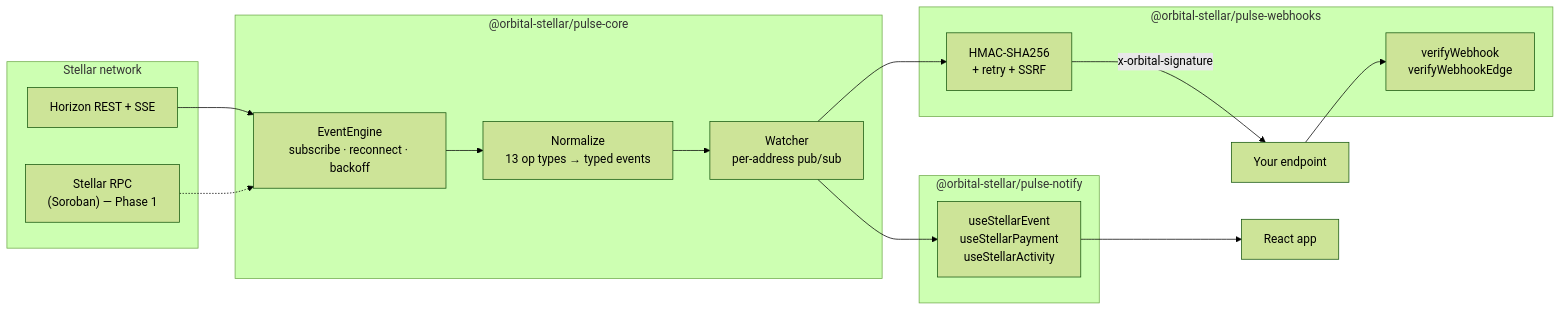
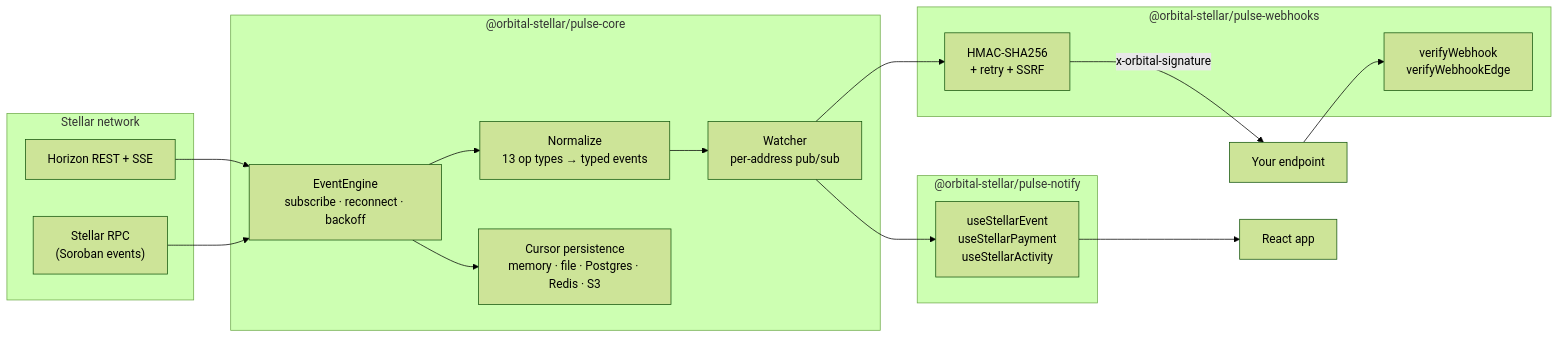
One commit to chalkeion/orbital_stellar changed the diagram in README.md. Above: the diagram before and after it, drawn with Mermaid (forest theme). The commit also changed other lines of this file and 19 other files, not shown here.

````diff
--- a/README.md
+++ b/README.md
@@ -143,31 +143,33 @@
 ```mermaid
 flowchart LR
   subgraph Stellar["Stellar network"]
     Horizon["Horizon REST + SSE"]
-    RPC["Stellar RPC<br/>(Soroban) — Phase 1"]
+    RPC["Stellar RPC<br/>(Soroban events)"]
   end
 
   subgraph Core["@orbital-stellar/pulse-core"]
     Engine["EventEngine<br/>subscribe · reconnect · backoff"]
     Watcher["Watcher<br/>per-address pub/sub"]
     Normalize["Normalize<br/>13 op types → typed events"]
+    Cursor["Cursor persistence<br/>memory · file · Postgres · Redis · S3"]
   end
 
   subgraph Webhooks["@orbital-stellar/pulse-webhooks"]
     Sign["HMAC-SHA256<br/>+ retry + SSRF"]
     Verify["verifyWebhook<br/>verifyWebhookEdge"]
   end
 
   subgraph Notify["@orbital-stellar/pulse-notify"]
     Hooks["useStellarEvent<br/>useStellarPayment<br/>useStellarActivity"]
   end
 
   Horizon --> Engine
-  RPC -.-> Engine
+  RPC --> Engine
   Engine --> Normalize --> Watcher
+  Engine --> Cursor
   Watcher --> Sign
   Watcher --> Hooks
   Sign -->|x-orbital-signature| YourBackend["Your endpoint"]
   YourBackend --> Verify
   Hooks --> Browser["React app"]
 ```
````
